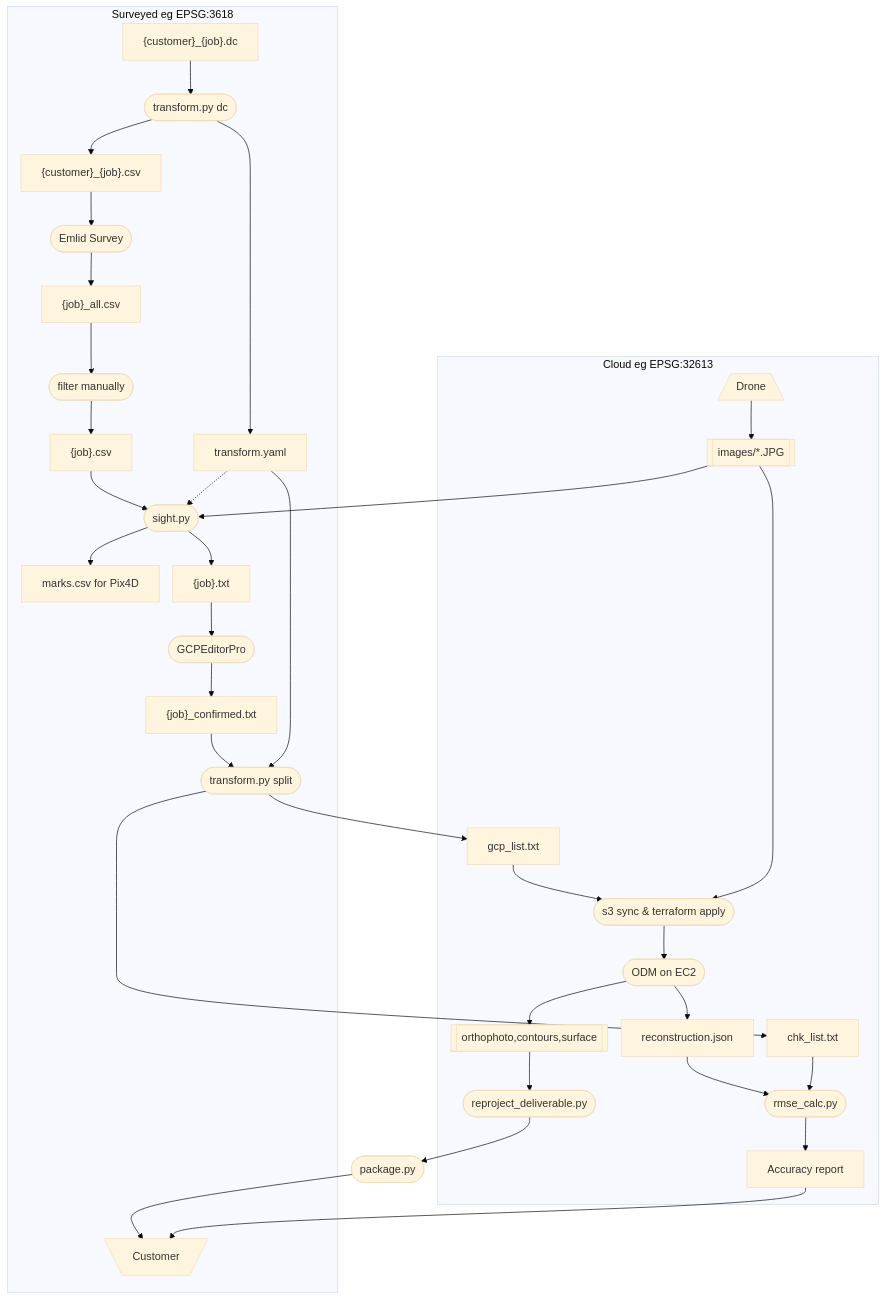
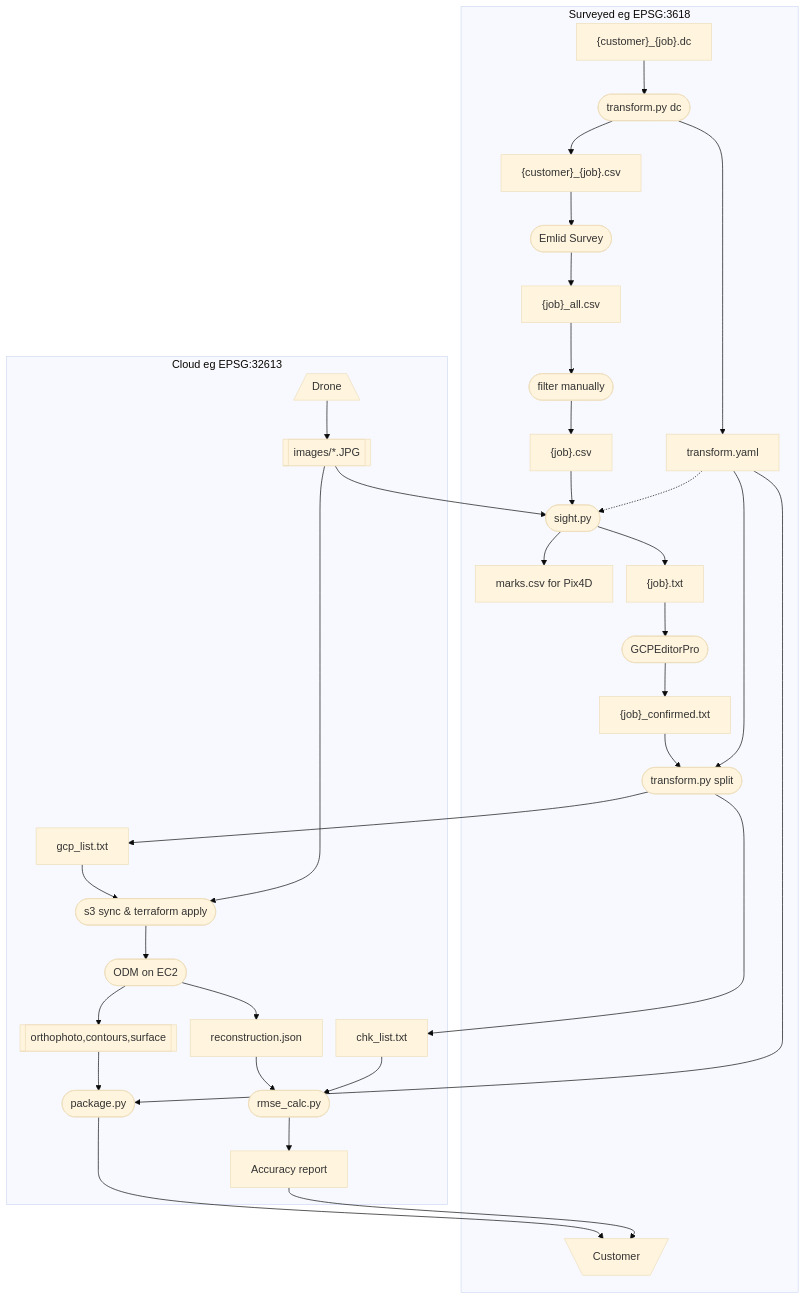
Before and after one commit to jrstear/geo: the diagram in docs/odm-workflow.md, drawn with Mermaid. The commit also changed other lines of this file and 3 other files, not shown here.

First line of the commit message:
feat(geo-eta): transform.yaml integration in package.py UI and CLI

````diff
--- a/docs/odm-workflow.md
+++ b/docs/odm-workflow.md
@@ -9,62 +9,62 @@
 ```mermaid
 %%{init: {'theme': 'base', 'flowchart': {'nodeSpacing': 20}}}%%
 flowchart TD
     cust_dc["{customer}_{job}.dc"]
     extract(["transform.py dc"])
     cust_csv["{customer}_{job}.csv"]
     transform_yaml["transform.yaml"]
     emlid(["Emlid Survey"])
     all["{job}_all.csv"]
     filter(["filter manually"])
     filtered["{job}.csv"]
     sight(["sight.py"])
     marks["marks.csv for Pix4D"]
     targets["{job}.txt"]
     gcpeditor(["GCPEditorPro"])
     confirmed["{job}_confirmed.txt"]
     prepare(["transform.py split"])
     control["gcp_list.txt"]
     check["chk_list.txt"]
     s3(["s3 sync & terraform apply"])
     odm(["ODM on EC2"])
     rmse(["rmse_calc.py"])
     drone[/"Drone"\]
     images[["images/*.JPG"]]
     deliverables[["orthophoto,contours,surface"]]
-    reproject(["reproject_deliverable.py"])
     packager(["package.py"])
     report["Accuracy report"]
     model["reconstruction.json"]
     customer[\"Customer"/]
 
 	subgraph Surveyed eg EPSG:3618
 	    cust_dc --> extract --> cust_csv --> emlid
 	    extract --> transform_yaml
 	    emlid --> all --> filter --> filtered
 	    filtered --> sight --> targets
 	    sight --> marks
 	    transform_yaml -.-> sight
 	    targets --> gcpeditor
 	    gcpeditor --> confirmed
 	    confirmed --> prepare
 	    transform_yaml --> prepare
 	    customer
 	end
-    
+
     subgraph Cloud eg EPSG:32613
 	    drone --> images
 	    prepare --> control
 	    prepare --> check
 	    control --> s3
 	    s3 --> odm --> deliverables
 	    odm --> model --> rmse
 	    check --> rmse --> report
-            deliverables --> reproject
+            deliverables --> packager
+            transform_yaml --> packager
 	end
 
     images --> sight
     images --> s3
-    reproject --> packager --> customer
+    packager --> customer
     report --> customer
 
 ```
````
